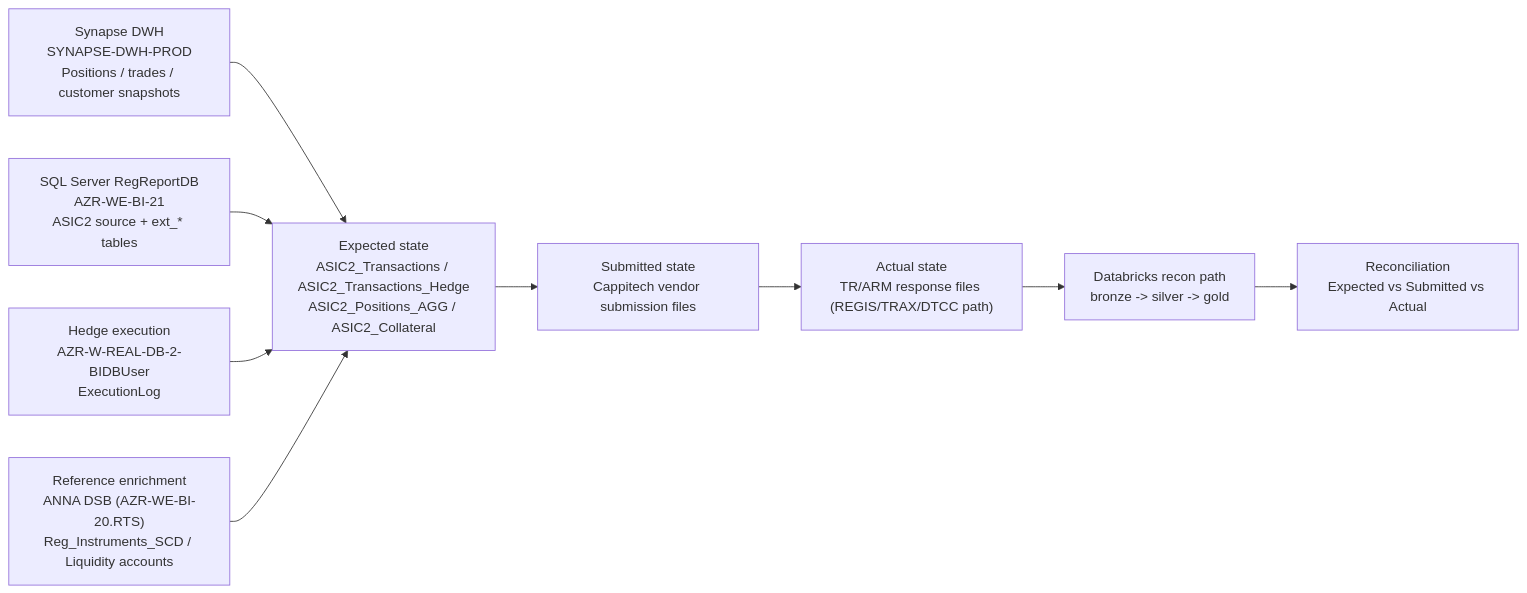
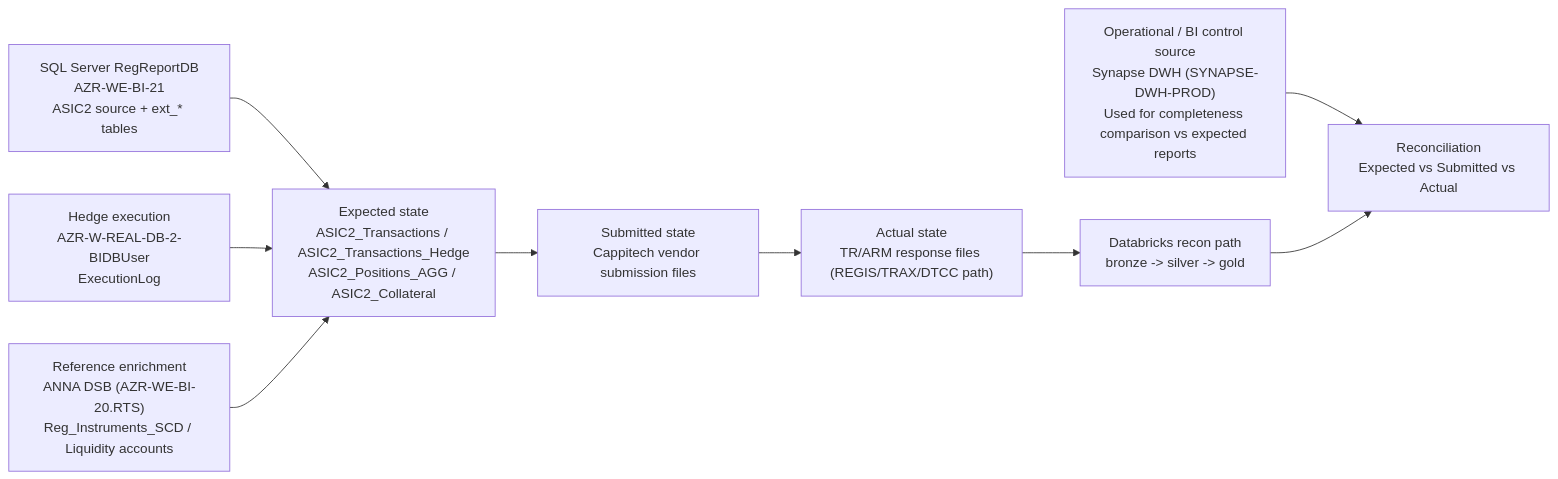
The diagram in docs/reporting-model-asic-data-sources.mmd (valentinosko-hub/RegTech), drawn with Mermaid before and after one commit. The commit also changed 19 other files, not shown here.

```diff
--- a/docs/reporting-model-asic-data-sources.mmd
+++ b/docs/reporting-model-asic-data-sources.mmd
@@ -1,17 +1,17 @@
 flowchart LR
-  SRC1["Synapse DWH\nSYNAPSE-DWH-PROD\nPositions / trades / customer snapshots"]
-  SRC2["SQL Server RegReportDB\nAZR-WE-BI-21\nASIC2 source + ext_* tables"]
-  SRC3["Hedge execution\nAZR-W-REAL-DB-2-BIDBUser\nExecutionLog"]
-  SRC4["Reference enrichment\nANNA DSB (AZR-WE-BI-20.RTS)\nReg_Instruments_SCD / Liquidity accounts"]
+  SRC1["Operational / BI control source<br/>Synapse DWH (SYNAPSE-DWH-PROD)<br/>Used for completeness comparison vs expected reports"]
+  SRC2["SQL Server RegReportDB<br/>AZR-WE-BI-21<br/>ASIC2 source + ext_* tables"]
+  SRC3["Hedge execution<br/>AZR-W-REAL-DB-2-BIDBUser<br/>ExecutionLog"]
+  SRC4["Reference enrichment<br/>ANNA DSB (AZR-WE-BI-20.RTS)<br/>Reg_Instruments_SCD / Liquidity accounts"]
 
-  EXP["Expected state\nASIC2_Transactions / ASIC2_Transactions_Hedge\nASIC2_Positions_AGG / ASIC2_Collateral"]
-  SUB["Submitted state\nCappitech vendor submission files"]
-  ACT["Actual state\nTR/ARM response files (REGIS/TRAX/DTCC path)"]
-  DBX["Databricks recon path\nbronze -> silver -> gold"]
-  REC["Reconciliation\nExpected vs Submitted vs Actual"]
+  EXP["Expected state<br/>ASIC2_Transactions / ASIC2_Transactions_Hedge<br/>ASIC2_Positions_AGG / ASIC2_Collateral"]
+  SUB["Submitted state<br/>Cappitech vendor submission files"]
+  ACT["Actual state<br/>TR/ARM response files (REGIS/TRAX/DTCC path)"]
+  DBX["Databricks recon path<br/>bronze -> silver -> gold"]
+  REC["Reconciliation<br/>Expected vs Submitted vs Actual"]
 
-  SRC1 --> EXP
+  SRC1 --> REC
   SRC2 --> EXP
   SRC3 --> EXP
   SRC4 --> EXP
   EXP --> SUB --> ACT --> DBX --> REC
```
